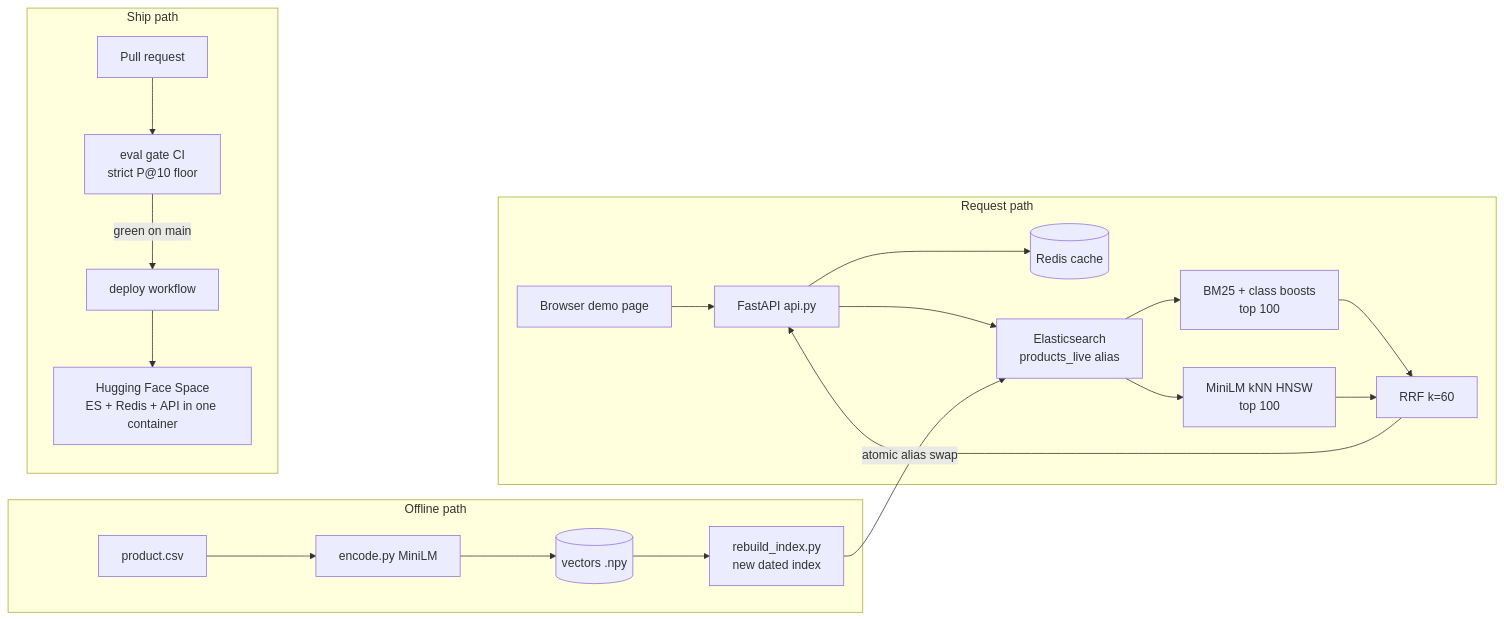
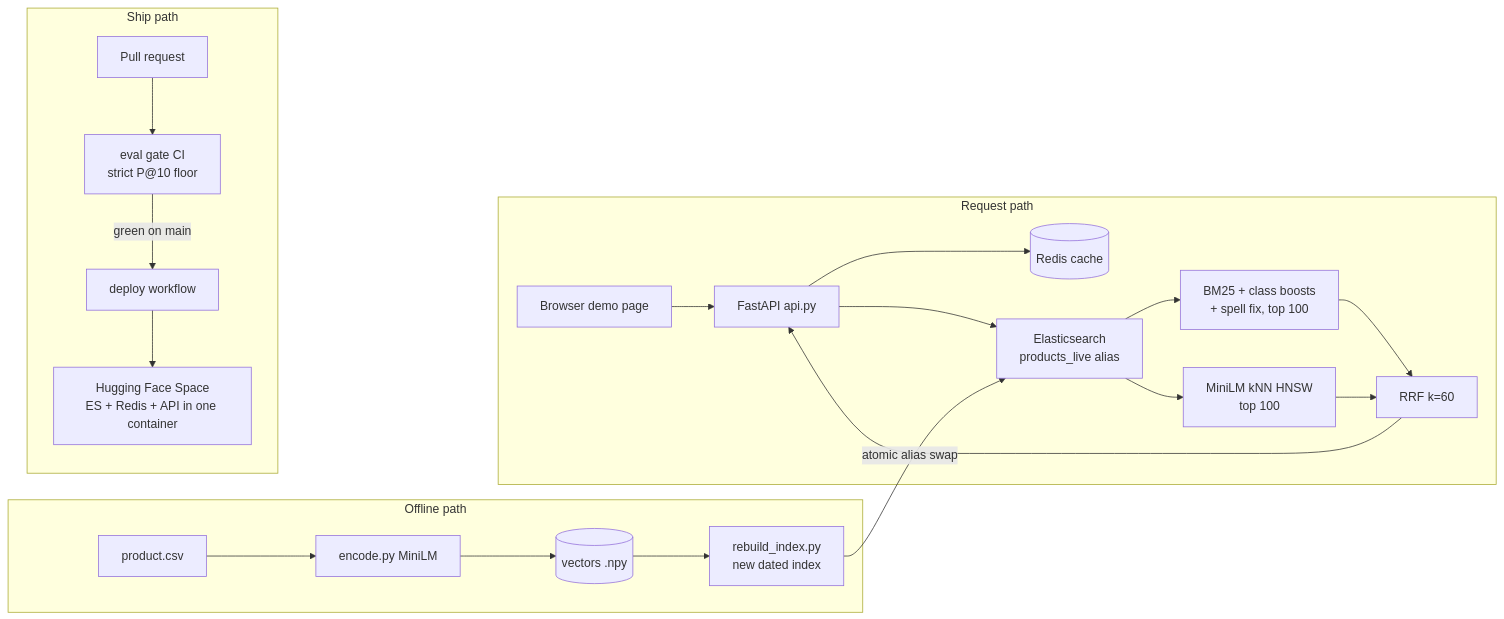
The diagram in README.md (SimardeepKaur/wands-semantic-search), drawn with Mermaid before and after one commit. The commit also changed other lines of this file and 16 other files, not shown here.

````diff
--- a/README.md
+++ b/README.md
@@ -92,24 +98,24 @@
 ```mermaid
 flowchart LR
   subgraph request["Request path"]
     B[Browser demo page] --> A[FastAPI api.py]
     A --> R[(Redis cache)]
     A --> E[Elasticsearch\nproducts_live alias]
-    E --> BM[BM25 + class boosts\ntop 100]
+    E --> BM[BM25 + class boosts\n+ spell fix, top 100]
     E --> KNN[MiniLM kNN HNSW\ntop 100]
     BM --> F[RRF k=60]
     KNN --> F
     F --> A
   end
   subgraph offline["Offline path"]
     P[product.csv] --> ENC[encode.py MiniLM]
     ENC --> V[(vectors .npy)]
     V --> IDX[rebuild_index.py\nnew dated index]
     IDX -->|atomic alias swap| E
   end
   subgraph ship["Ship path"]
     PR[Pull request] --> CI[eval gate CI\nstrict P@10 floor]
     CI -->|green on main| D[deploy workflow]
     D --> HF[Hugging Face Space\nES + Redis + API in one container]
   end
 ```
````
